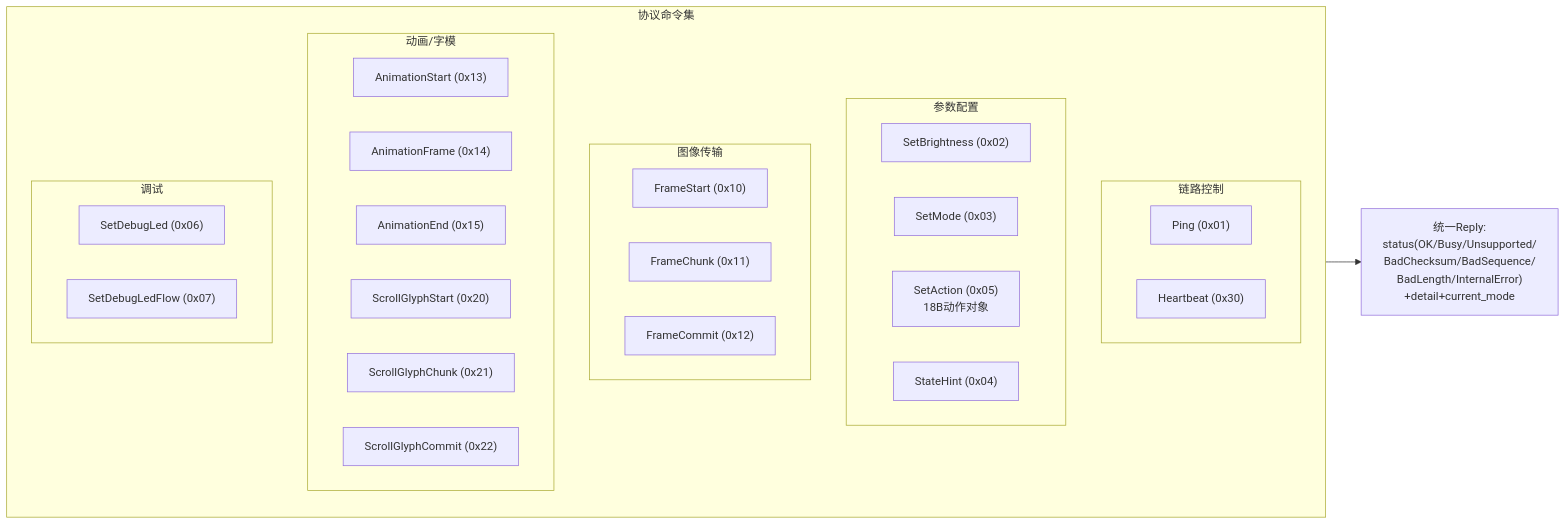
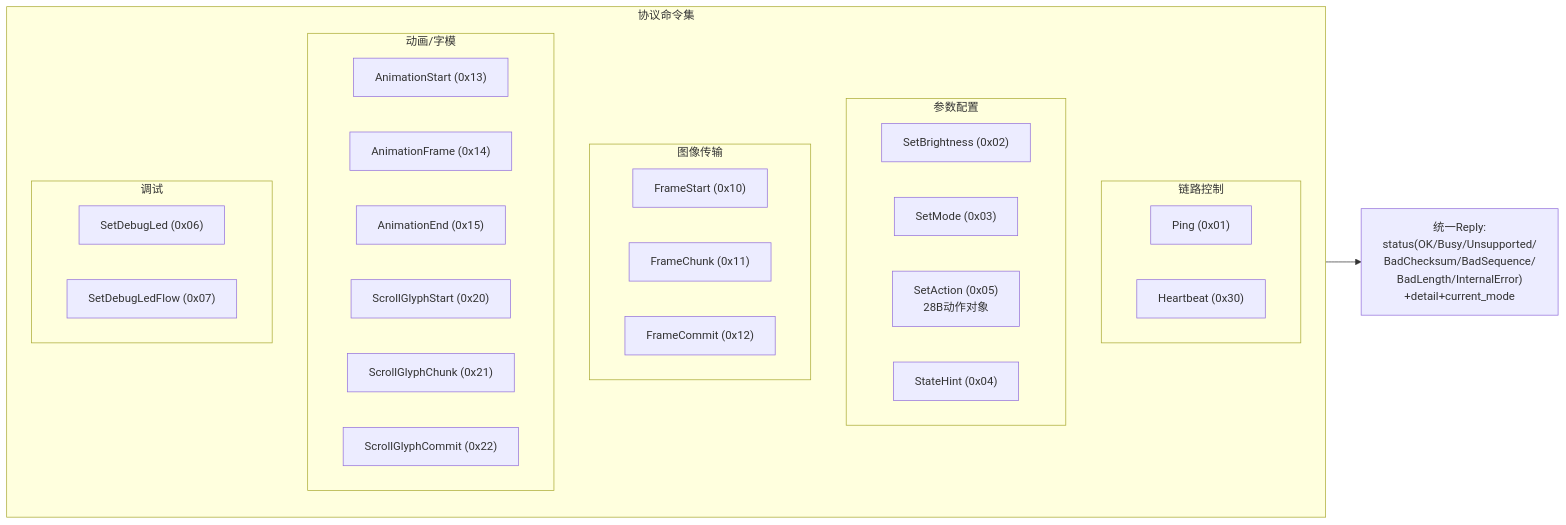
Before and after one commit to N3SSS13D/GraduationProject: the sixth of 6 diagrams in Doc/毕业论文/bluetooth_communication_protocol_architecture.md, drawn with Mermaid. The commit also changed other lines of this file and 118 other files, not shown here.

````diff
--- a/Doc/毕业论文/bluetooth_communication_protocol_architecture.md
+++ b/Doc/毕业论文/bluetooth_communication_protocol_architecture.md
@@ -438,40 +434,40 @@
 ```mermaid
 flowchart LR
     subgraph CMD["协议命令集"]
         direction TB
 
         subgraph Link["链路控制"]
             L1["Ping (0x01)"]
             L2["Heartbeat (0x30)"]
         end
 
         subgraph Config["参数配置"]
             C1["SetBrightness (0x02)"]
             C2["SetMode (0x03)"]
-            C3["SetAction (0x05)<br/>18B动作对象"]
+            C3["SetAction (0x05)<br/>28B动作对象"]
             C4["StateHint (0x04)"]
         end
 
         subgraph Frame["图像传输"]
             I1["FrameStart (0x10)"]
             I2["FrameChunk (0x11)"]
             I3["FrameCommit (0x12)"]
         end
 
         subgraph Anim["动画/字模"]
             A1["AnimationStart (0x13)"]
             A2["AnimationFrame (0x14)"]
             A3["AnimationEnd (0x15)"]
             A4["ScrollGlyphStart (0x20)"]
             A5["ScrollGlyphChunk (0x21)"]
             A6["ScrollGlyphCommit (0x22)"]
         end
 
         subgraph Debug["调试"]
             D1["SetDebugLed (0x06)"]
             D2["SetDebugLedFlow (0x07)"]
         end
     end
 
     CMD --> REPLY["统一Reply:<br/>status(OK/Busy/Unsupported/<br/>BadChecksum/BadSequence/<br/>BadLength/InternalError)<br/>+detail+current_mode"]
 ```
````
